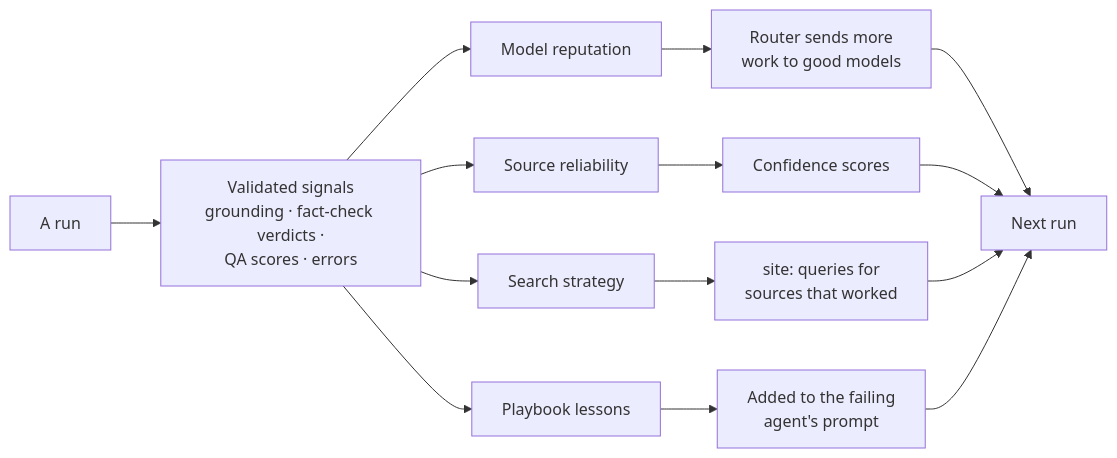
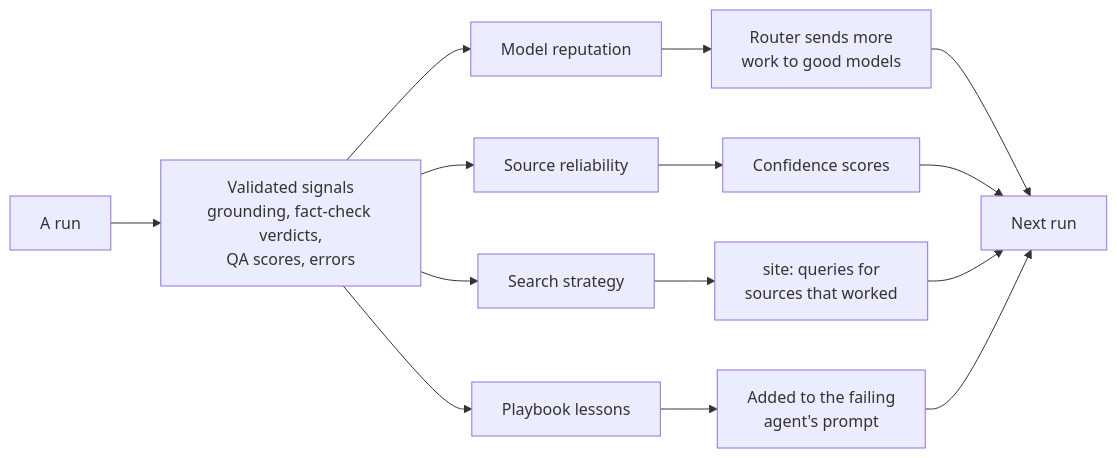
The sixth of 9 diagrams in docs/HOW_IT_WORKS.md (LakshayJ17/resurge), drawn with Mermaid before and after one commit. The commit also changed other lines of this file and 65 other files, not shown here.

````diff
--- a/docs/HOW_IT_WORKS.md
+++ b/docs/HOW_IT_WORKS.md
@@ -233,9 +233,9 @@
 ```mermaid
 flowchart LR
-  RUN["A run"] --> SIG["Validated signals<br/>grounding · fact-check verdicts ·<br/>QA scores · errors"]
+  RUN["A run"] --> SIG["Validated signals<br/>grounding, fact-check verdicts,<br/>QA scores, errors"]
   SIG --> M["Model reputation"] --> R1["Router sends more<br/>work to good models"]
   SIG --> S["Source reliability"] --> R2["Confidence scores"]
   SIG --> Q["Search strategy"] --> R3["site: queries for<br/>sources that worked"]
   SIG --> P["Playbook lessons"] --> R4["Added to the failing<br/>agent's prompt"]
   R1 & R2 & R3 & R4 --> NEXT["Next run"]
 ```
````
